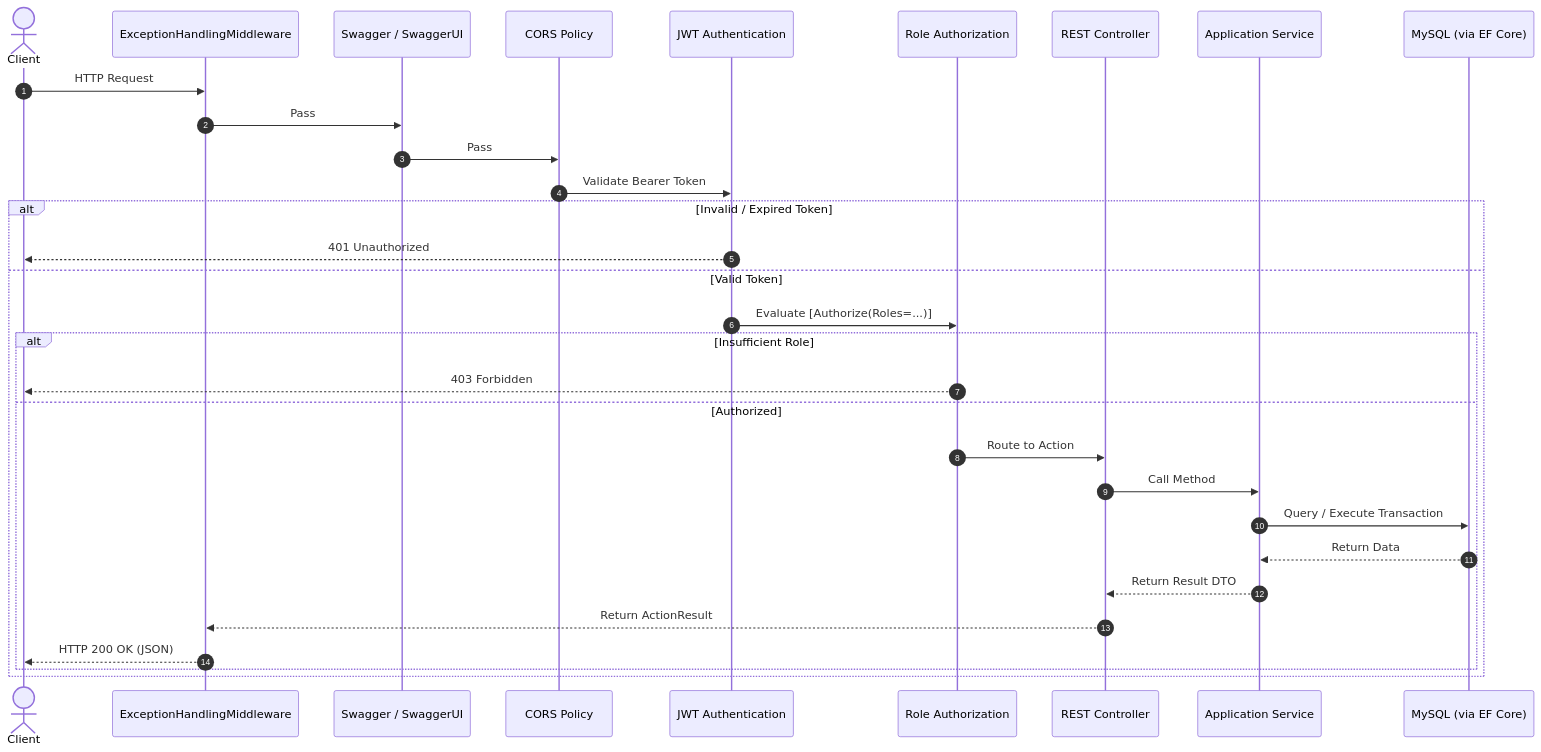
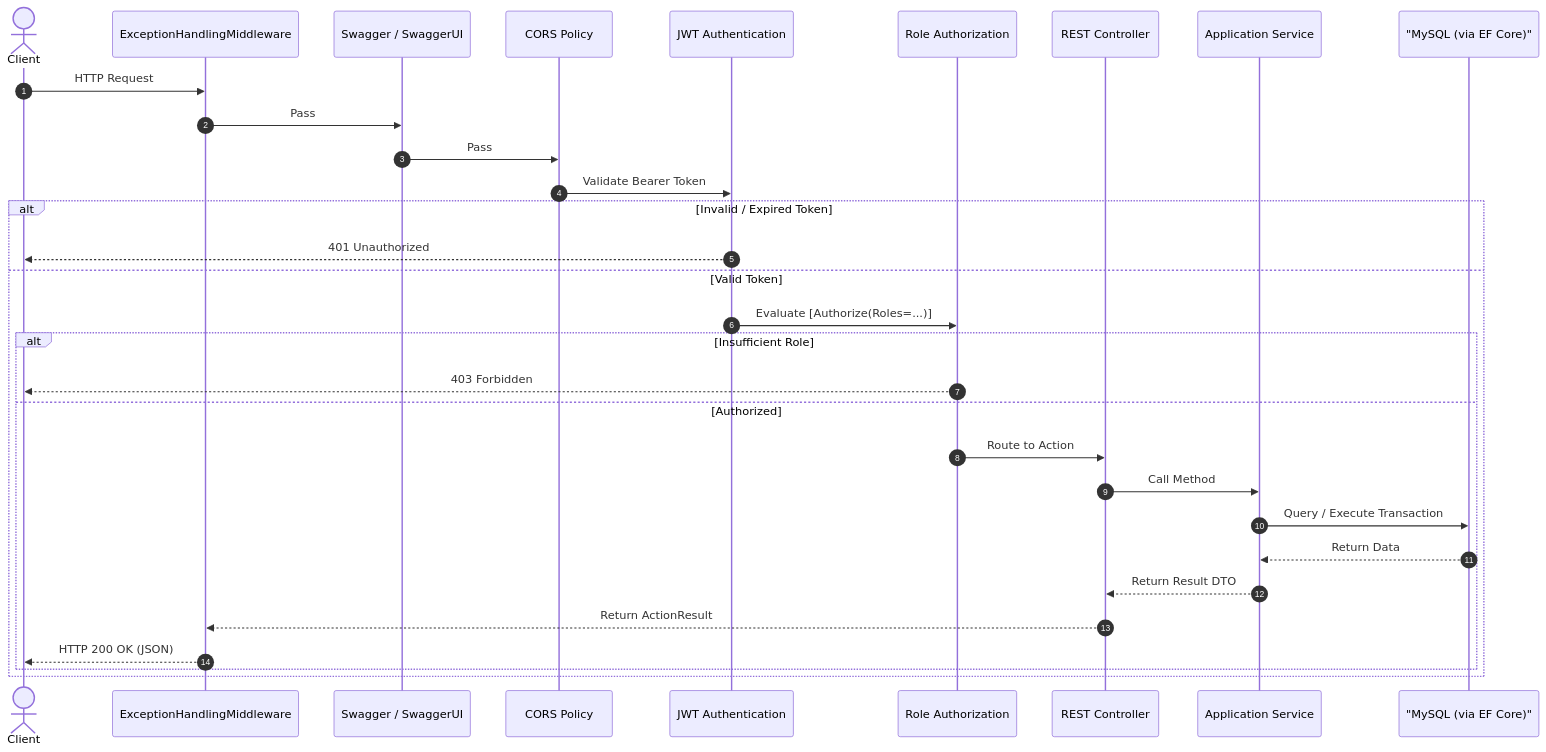
Before and after one commit to arif-z04/PayPulse: the second of 2 diagrams in docs/backend/architecture.md, drawn with Mermaid. The commit also changed 6 other files, not shown here.

Commit message:
fix(docs): resolve Mermaid syntax errors and quote edge/node labels for GitHub renderer

````diff
--- a/docs/backend/architecture.md
+++ b/docs/backend/architecture.md
@@ -94,34 +94,34 @@
 ```mermaid
 sequenceDiagram
     autonumber
     actor Client
     participant Middleware as ExceptionHandlingMiddleware
     participant Swagger as Swagger / SwaggerUI
     participant CORS as CORS Policy
     participant Auth as JWT Authentication
     participant AuthZ as Role Authorization
     participant Controller as REST Controller
     participant Service as Application Service
-    participant DB as MySQL (via EF Core)
+    participant DB as "MySQL (via EF Core)"
 
     Client->>Middleware: HTTP Request
     Middleware->>Swagger: Pass
     Swagger->>CORS: Pass
     CORS->>Auth: Validate Bearer Token
     alt Invalid / Expired Token
         Auth-->>Client: 401 Unauthorized
     else Valid Token
         Auth->>AuthZ: Evaluate [Authorize(Roles=...)]
         alt Insufficient Role
             AuthZ-->>Client: 403 Forbidden
         else Authorized
             AuthZ->>Controller: Route to Action
             Controller->>Service: Call Method
             Service->>DB: Query / Execute Transaction
             DB-->>Service: Return Data
             Service-->>Controller: Return Result DTO
             Controller-->>Middleware: Return ActionResult
             Middleware-->>Client: HTTP 200 OK (JSON)
         end
     end
 ```
````
